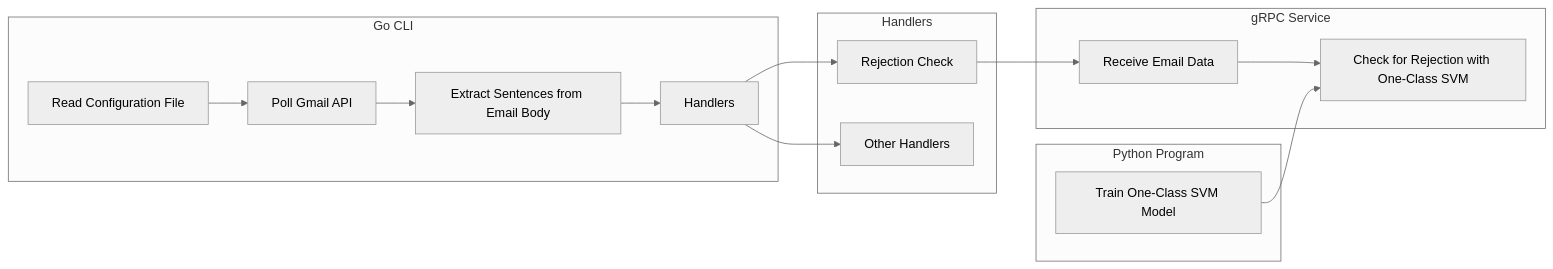
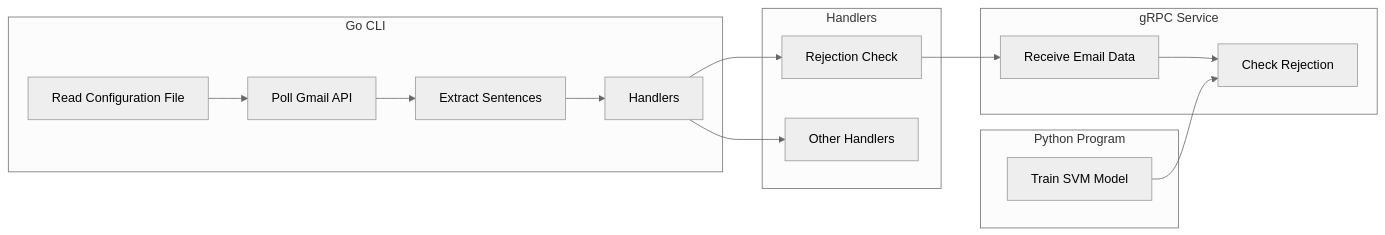
The diagram in README.md (jyouturner/gmail-ai), drawn with Mermaid (neutral theme) before and after one commit.

`````diff
--- a/README.md
+++ b/README.md
@@ -9,30 +9,30 @@
 ````mermaid
 flowchart LR
     subgraph Go CLI
         A[Read Configuration File]
         B[Poll Gmail API]
-        C[Extract Sentences from Email Body]
+        C[Extract Sentences]
         D[Handlers]
     end
     subgraph Handlers
         E[Rejection Check]
         F[Other Handlers]
     end
     subgraph gRPC Service
         G[Receive Email Data]
-        H[Check for Rejection with One-Class SVM]
+        H[Check Rejection]
     end
     subgraph Python Program
-        I[Train One-Class SVM Model]
+        I[Train SVM Model]
     end
     A --> B
     B --> C
     C --> D
     D --> E
     D --> F
     E --> G
     G --> H
     I --> H
 
 
 ````
`````
